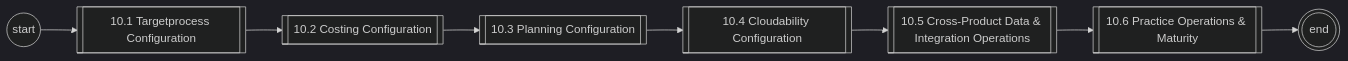
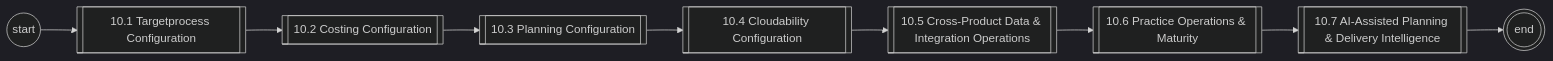
The first of 8 diagrams in diagrams/mermaid/area-10.md (corbyjames/apptio-process-catalog), drawn with Mermaid (dark theme) before and after one commit. The commit also changed other lines of this file and 8 other files, not shown here.

````diff
--- a/diagrams/mermaid/area-10.md
+++ b/diagrams/mermaid/area-10.md
@@ -7,17 +7,19 @@
 ```mermaid
 flowchart LR
   S((start))
   N10_1[["10.1 Targetprocess Configuration"]]
   S --> N10_1
   N10_2[["10.2 Costing Configuration"]]
   N10_1 --> N10_2
   N10_3[["10.3 Planning Configuration"]]
   N10_2 --> N10_3
   N10_4[["10.4 Cloudability Configuration"]]
   N10_3 --> N10_4
   N10_5[["10.5 Cross-Product Data & Integration Operations"]]
   N10_4 --> N10_5
   N10_6[["10.6 Practice Operations & Maturity"]]
   N10_5 --> N10_6
-  N10_6 --> E(((end)))
+  N10_7[["10.7 AI-Assisted Planning & Delivery Intelligence"]]
+  N10_6 --> N10_7
+  N10_7 --> E(((end)))
 ```
````
